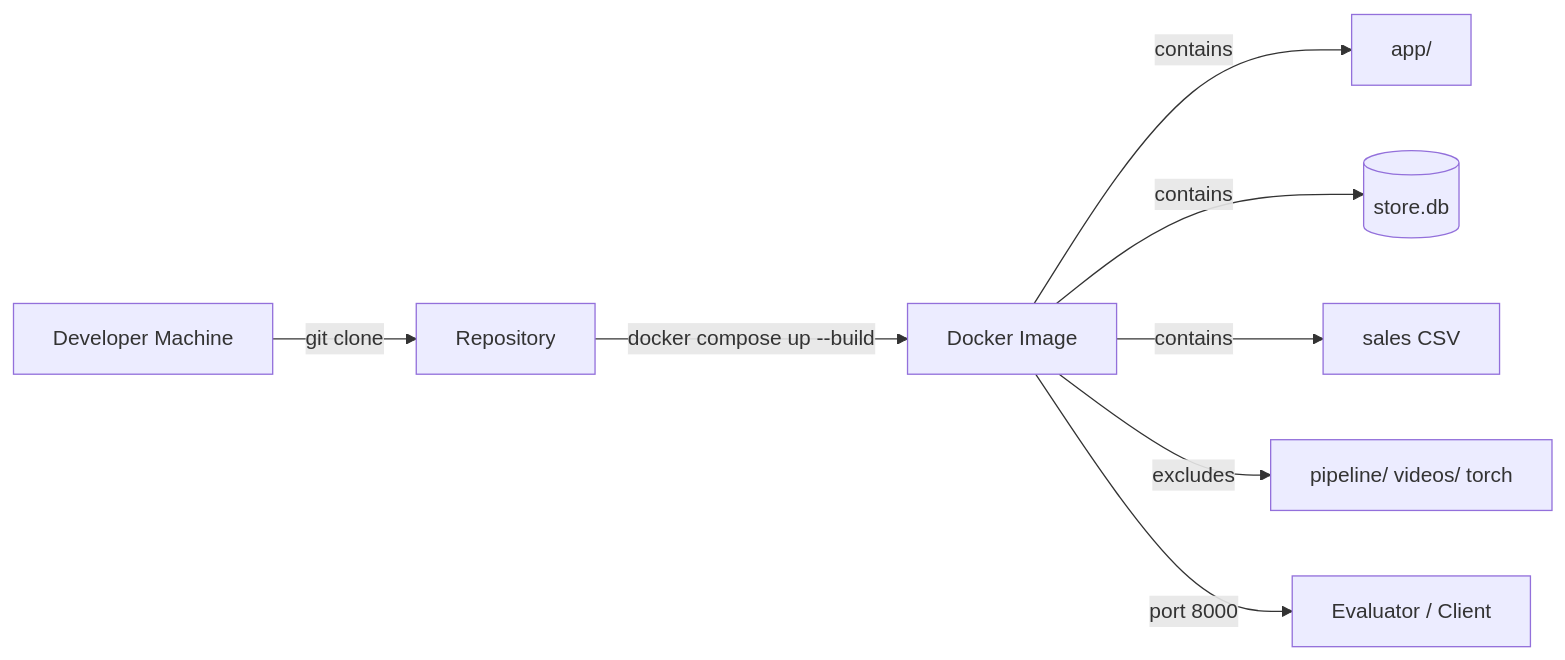
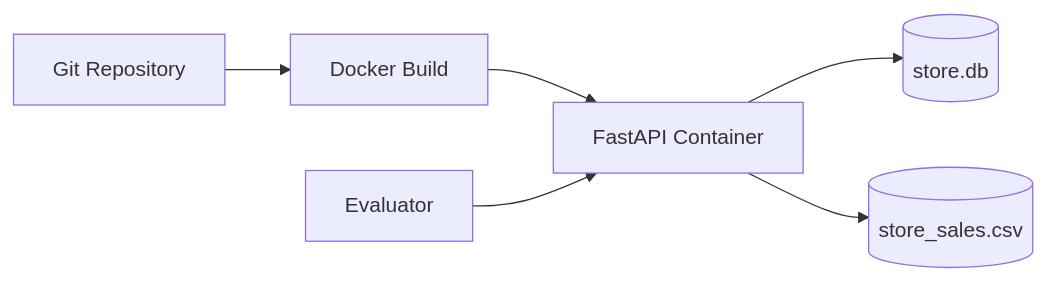
The second of 3 diagrams in DESIGN.md (Preethamkumarkothakonda/store-intelligence-purplle), drawn with Mermaid before and after one commit. The commit also changed other lines of this file, not shown here.

````diff
--- a/DESIGN.md
+++ b/DESIGN.md
@@ -213,10 +377,15 @@
 ```mermaid
 flowchart LR
-    DEV[Developer Machine] -->|git clone| REPO[Repository]
-    REPO -->|docker compose up --build| IMG[Docker Image]
-    IMG -->|contains| APP[app/]
-    IMG -->|contains| DB[(store.db)]
-    IMG -->|contains| SALES[sales CSV]
-    IMG -->|excludes| ML[pipeline/ videos/ torch]
-    IMG -->|port 8000| USER[Evaluator / Client]
+
+    G[Git Repository]
+        --> D[Docker Build]
+
+    D --> API[FastAPI Container]
+
+    API --> DB[(store.db)]
+
+    API --> CSV[(store_sales.csv)]
+
+    USER[Evaluator]
+        --> API
 ```
````
